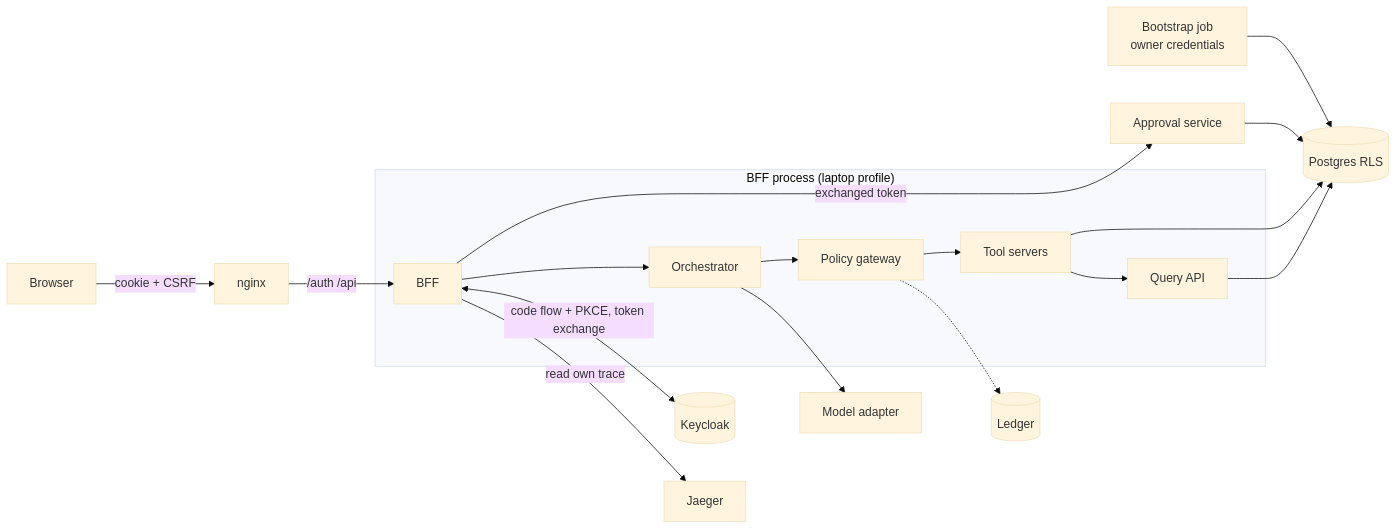
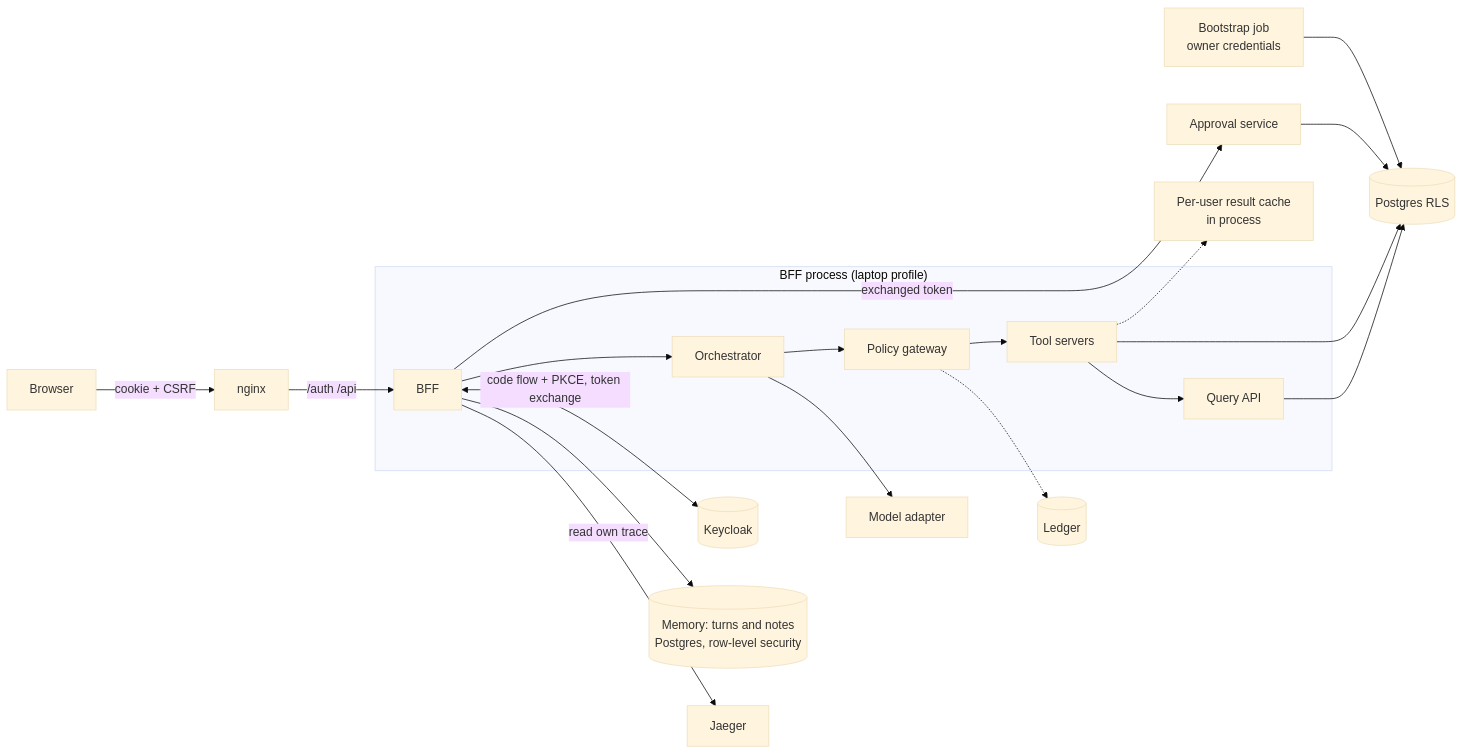
The diagram in docs/threat-model/v1-vertical-slice.md (gauravxdhingra/Analytics-Copilot), drawn with Mermaid (base theme) before and after one commit. The commit also changed other lines of this file and 6 other files, not shown here.

````diff
--- a/docs/threat-model/v1-vertical-slice.md
+++ b/docs/threat-model/v1-vertical-slice.md
@@ -50,17 +56,19 @@
 ```mermaid
 flowchart LR
   B[Browser] -->|"cookie + CSRF"| N[nginx]
   N -->|"/auth /api"| BFF
   BFF <-->|"code flow + PKCE, token exchange"| IDP[(Keycloak)]
   subgraph "BFF process (laptop profile)"
     BFF --> ORCH[Orchestrator] --> GW[Policy gateway] --> MCP[Tool servers] --> QA[Query API]
   end
   ORCH --> M[Model adapter]
   QA --> PG[(Postgres RLS)]
   MCP --> PG
   BFF -->|"exchanged token"| APP[Approval service]
   APP --> PG
   GW -.-> LED[(Ledger)]
+  BFF --> MEM[(Memory: turns and notes<br/>Postgres, row-level security)]
+  MCP -.-> CACHE[Per-user result cache<br/>in process]
   BFF -->|"read own trace"| J[Jaeger]
   BOOT[Bootstrap job<br/>owner credentials] --> PG
 ```
````
